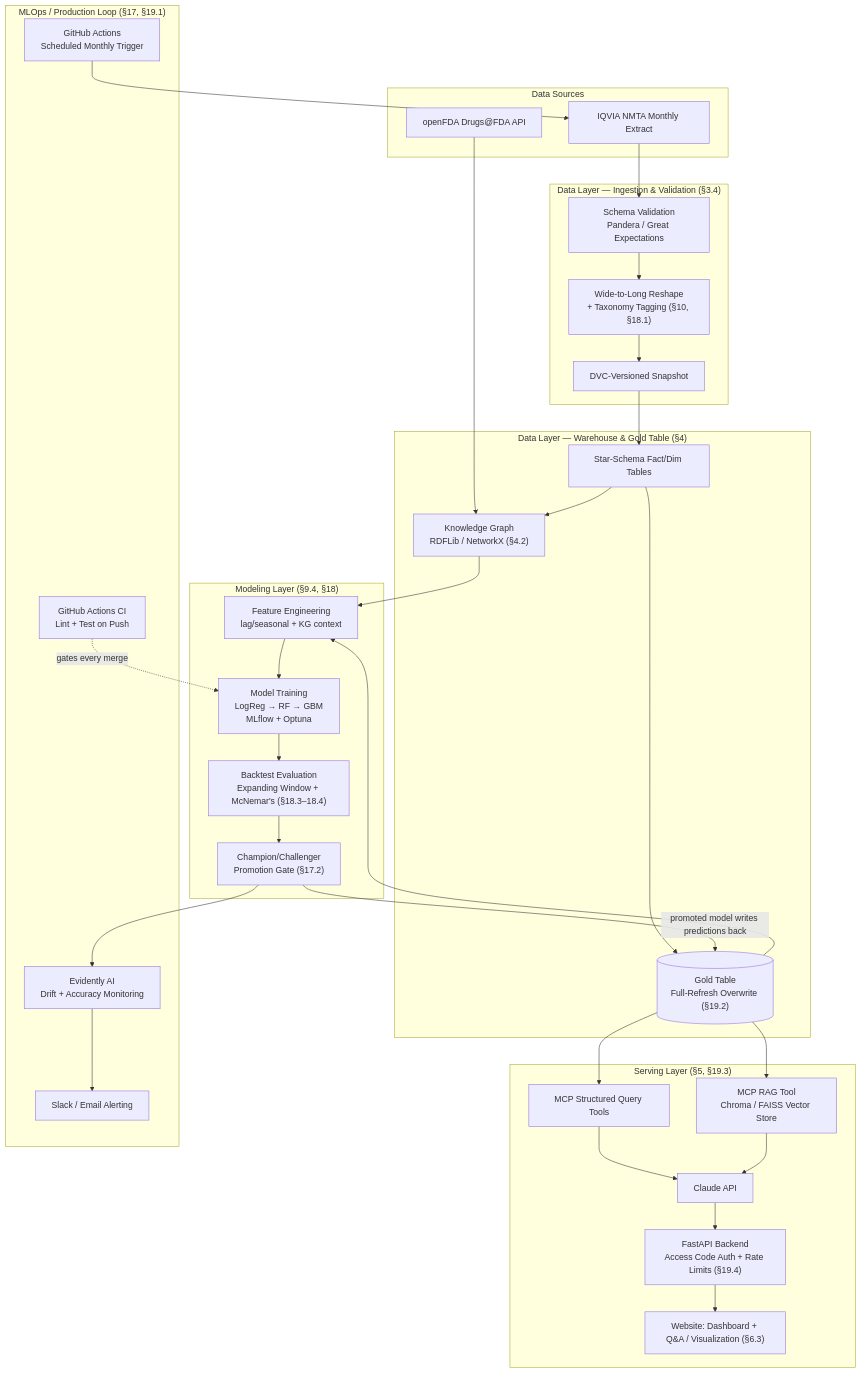
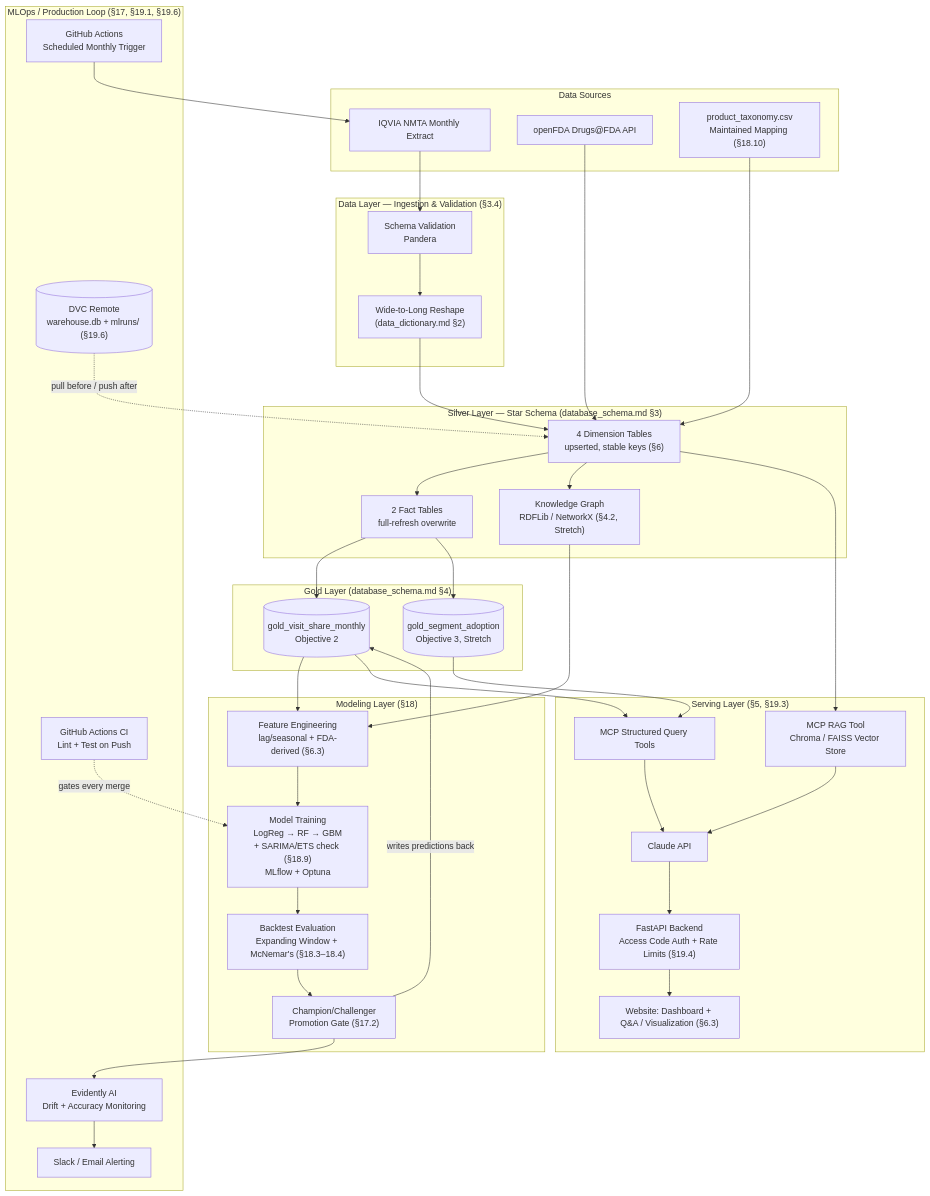
Before and after one commit to tus2014ar/oa-market-intelligence-system: the diagram in docs/PROPOSAL.md, drawn with Mermaid. The commit also changed other lines of this file and 7 other files, not shown here.

First line of the commit message:
Phase 1, Step 1: commit real data + seed product taxonomy (#8)

````diff
--- a/docs/PROPOSAL.md
+++ b/docs/PROPOSAL.md
@@ -233,59 +234,71 @@
 ```mermaid
 flowchart TD
     subgraph SRC["Data Sources"]
         A1["IQVIA NMTA Monthly Extract"]
         A2["openFDA Drugs@FDA API"]
+        A3["product_taxonomy.csv<br/>Maintained Mapping (§18.10)"]
     end
 
     subgraph ING["Data Layer — Ingestion & Validation (§3.4)"]
-        B1["Schema Validation<br/>Pandera / Great Expectations"]
-        B2["Wide-to-Long Reshape<br/>+ Taxonomy Tagging (§10, §18.1)"]
-        B3["DVC-Versioned Snapshot"]
+        B1["Schema Validation<br/>Pandera"]
+        B2["Wide-to-Long Reshape<br/>(data_dictionary.md §2)"]
     end
 
-    subgraph WH["Data Layer — Warehouse & Gold Table (§4)"]
-        C1["Star-Schema Fact/Dim Tables"]
-        C2["Knowledge Graph<br/>RDFLib / NetworkX (§4.2)"]
-        C3[("Gold Table<br/>Full-Refresh Overwrite (§19.2)")]
+    subgraph SIL["Silver Layer — Star Schema (database_schema.md §3)"]
+        C1["4 Dimension Tables<br/>upserted, stable keys (§6)"]
+        C2["2 Fact Tables<br/>full-refresh overwrite"]
+        C3["Knowledge Graph<br/>RDFLib / NetworkX (§4.2, Stretch)"]
     end
 
-    subgraph MOD["Modeling Layer (§9.4, §18)"]
-        D1["Feature Engineering<br/>lag/seasonal + KG context"]
-        D2["Model Training<br/>LogReg → RF → GBM<br/>MLflow + Optuna"]
-        D3["Backtest Evaluation<br/>Expanding Window + McNemar's (§18.3–18.4)"]
-        D4["Champion/Challenger<br/>Promotion Gate (§17.2)"]
+    subgraph GLD["Gold Layer (database_schema.md §4)"]
+        D1[("gold_visit_share_monthly<br/>Objective 2")]
+        D2[("gold_segment_adoption<br/>Objective 3, Stretch")]
+    end
+
+    subgraph MOD["Modeling Layer (§18)"]
+        E1["Feature Engineering<br/>lag/seasonal + FDA-derived (§6.3)"]
+        E2["Model Training<br/>LogReg → RF → GBM<br/>+ SARIMA/ETS check (§18.9)<br/>MLflow + Optuna"]
+        E3["Backtest Evaluation<br/>Expanding Window + McNemar's (§18.3–18.4)"]
+        E4["Champion/Challenger<br/>Promotion Gate (§17.2)"]
     end
 
     subgraph SRV["Serving Layer (§5, §19.3)"]
-        E1["MCP Structured Query Tools"]
-        E2["MCP RAG Tool<br/>Chroma / FAISS Vector Store"]
-        E3["Claude API"]
-        E4["FastAPI Backend<br/>Access Code Auth + Rate Limits (§19.4)"]
-        E5["Website: Dashboard + Q&A / Visualization (§6.3)"]
+        F1["MCP Structured Query Tools"]
+        F2["MCP RAG Tool<br/>Chroma / FAISS Vector Store"]
+        F3["Claude API"]
+        F4["FastAPI Backend<br/>Access Code Auth + Rate Limits (§19.4)"]
+        F5["Website: Dashboard + Q&A / Visualization (§6.3)"]
     end
 
-    subgraph OPS["MLOps / Production Loop (§17, §19.1)"]
-        F1["Evidently AI<br/>Drift + Accuracy Monitoring"]
-        F2["GitHub Actions<br/>Scheduled Monthly Trigger"]
-        F3["GitHub Actions CI<br/>Lint + Test on Push"]
-        F4["Slack / Email Alerting"]
+    subgraph OPS["MLOps / Production Loop (§17, §19.1, §19.6)"]
+        G1["Evidently AI<br/>Drift + Accuracy Monitoring"]
+        G2["GitHub Actions<br/>Scheduled Monthly Trigger"]
+        G3["GitHub Actions CI<br/>Lint + Test on Push"]
+        G4["Slack / Email Alerting"]
+        G5[("DVC Remote<br/>warehouse.db + mlruns/ (§19.6)")]
     end
 
-    F2 --> A1
-    A1 --> B1 --> B2 --> B3 --> C1
-    A2 --> C2
+    G2 --> A1
+    A1 --> B1 --> B2
+    A3 --> C1
+    B2 --> C1
+    A2 --> C1
     C1 --> C2
     C1 --> C3
-    C3 --> D1
+    G5 -. "pull before / push after" .-> C1
     C2 --> D1
-    D1 --> D2 --> D3 --> D4
-    D4 -- "promoted model writes predictions back" --> C3
+    C2 --> D2
     C3 --> E1
-    C3 --> E2
-    E1 --> E3
-    E2 --> E3
-    E3 --> E4 --> E5
-    D4 --> F1
-    F1 --> F4
-    F3 -. "gates every merge" .-> D2
+    D1 --> E1
+    E1 --> E2 --> E3 --> E4
+    E4 -- "writes predictions back" --> D1
+    D1 --> F1
+    D2 --> F1
+    C1 --> F2
+    F1 --> F3
+    F2 --> F3
+    F3 --> F4 --> F5
+    E4 --> G1
+    G1 --> G4
+    G3 -. "gates every merge" .-> E2
 ```
````
